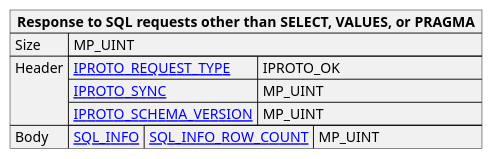
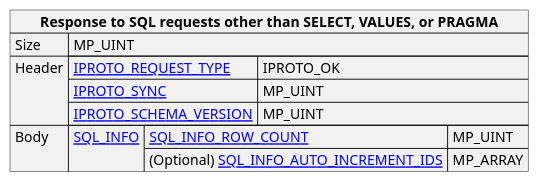
One commit to tarantool/doc changed the diagram in doc/dev_guide/internals/iproto/images/sql_response_other.puml. Above: the diagram before and after it, drawn with PlantUML. The commit also changed 7 other files, not shown here.

```diff
--- a/doc/dev_guide/internals/iproto/images/sql_response_other.puml
+++ b/doc/dev_guide/internals/iproto/images/sql_response_other.puml
@@ -1,24 +1,25 @@
 @startuml
 
 skinparam map {
     HyperlinkColor #0077FF
     FontColor #313131
     BorderColor #313131
     BackgroundColor transparent
 }
 
 json "**Response to SQL requests other than SELECT, VALUES, or PRAGMA**" as sql_response_other {
     "Size": "MP_UINT",
     "Header": {
       "[[tarantool.io/en/doc/latest/dev_guide/internals/iproto/keys IPROTO_REQUEST_TYPE]]": "IPROTO_OK",
       "[[tarantool.io/en/doc/latest/dev_guide/internals/iproto/keys IPROTO_SYNC]]": "MP_UINT",
       "[[tarantool.io/en/doc/latest/dev_guide/internals/iproto/keys IPROTO_SCHEMA_VERSION]]": "MP_UINT"
     },
     "Body": {
       "[[tarantool.io/en/doc/latest/dev_guide/internals/iproto/keys SQL_INFO]]": {
-        "[[tarantool.io/en/doc/latest/dev_guide/internals/iproto/keys SQL_INFO_ROW_COUNT]]": "MP_UINT"
+        "[[tarantool.io/en/doc/latest/dev_guide/internals/iproto/keys SQL_INFO_ROW_COUNT]]": "MP_UINT",
+        "(Optional) [[tarantool.io/en/doc/latest/dev_guide/internals/iproto/keys SQL_INFO_AUTO_INCREMENT_IDS]]": "MP_ARRAY"
       }
     }
 }
 
 @enduml
```
